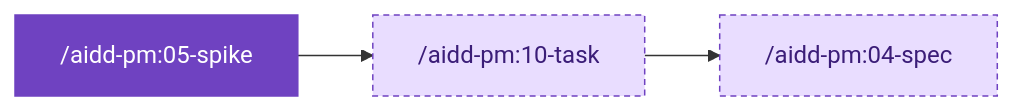
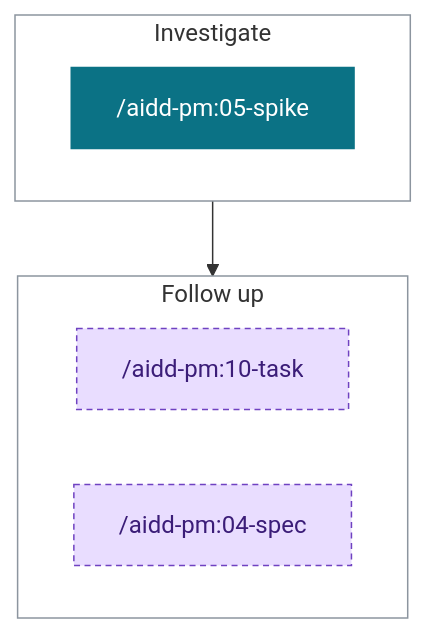
Before and after one commit to ai-driven-dev/framework: the eighth of 9 diagrams in docs/GUIDES.md, drawn with Mermaid. The commit also changed other lines of this file and 18 other files, not shown here.

First line of the commit message:
docs: show the human in the loop and trim every document to tables and diagrams

````diff
--- a/docs/GUIDES.md
+++ b/docs/GUIDES.md
@@ -88,8 +190,25 @@
 ```mermaid
-flowchart LR
-  n0["/aidd-pm:05-spike"] --> n1["/aidd-pm:10-task"] --> n2["/aidd-pm:04-spec"]
-  classDef step fill:#6f42c1,stroke:#6f42c1,color:#fff
-  classDef opt fill:#e9ddff,stroke:#6f42c1,stroke-dasharray:4 3,color:#3b1d78
-  class n0 step
-  class n1,n2 opt
+flowchart TD
+  subgraph z0["Investigate"]
+    direction LR
+    n0["/aidd-pm:05-spike"]
+  end
+  subgraph z1["Follow up"]
+    direction LR
+    n1["/aidd-pm:10-task"]
+    n2["/aidd-pm:04-spec"]
+  end
+  z0 --> z1
+  classDef spec fill:#0b7285,stroke:#0b7285,color:#fff
+  classDef specOpt fill:#cff4fc,stroke:#0b7285,stroke-dasharray:4 3,color:#0b4a57
+  classDef code fill:#6f42c1,stroke:#6f42c1,color:#fff
+  classDef codeOpt fill:#e9ddff,stroke:#6f42c1,stroke-dasharray:4 3,color:#3b1d78
+  classDef ship fill:#c2410c,stroke:#c2410c,color:#fff
+  classDef shipOpt fill:#ffe1d1,stroke:#c2410c,stroke-dasharray:4 3,color:#7a2606
+  classDef plain fill:#0969da,stroke:#0969da,color:#fff
+  classDef plainOpt fill:#ddf4ff,stroke:#0969da,stroke-dasharray:4 3,color:#0a3069
+  class n0 spec
+  class n1,n2 codeOpt
+  style z0 fill:none,stroke:#8c959f
+  style z1 fill:none,stroke:#8c959f
 ```
````
